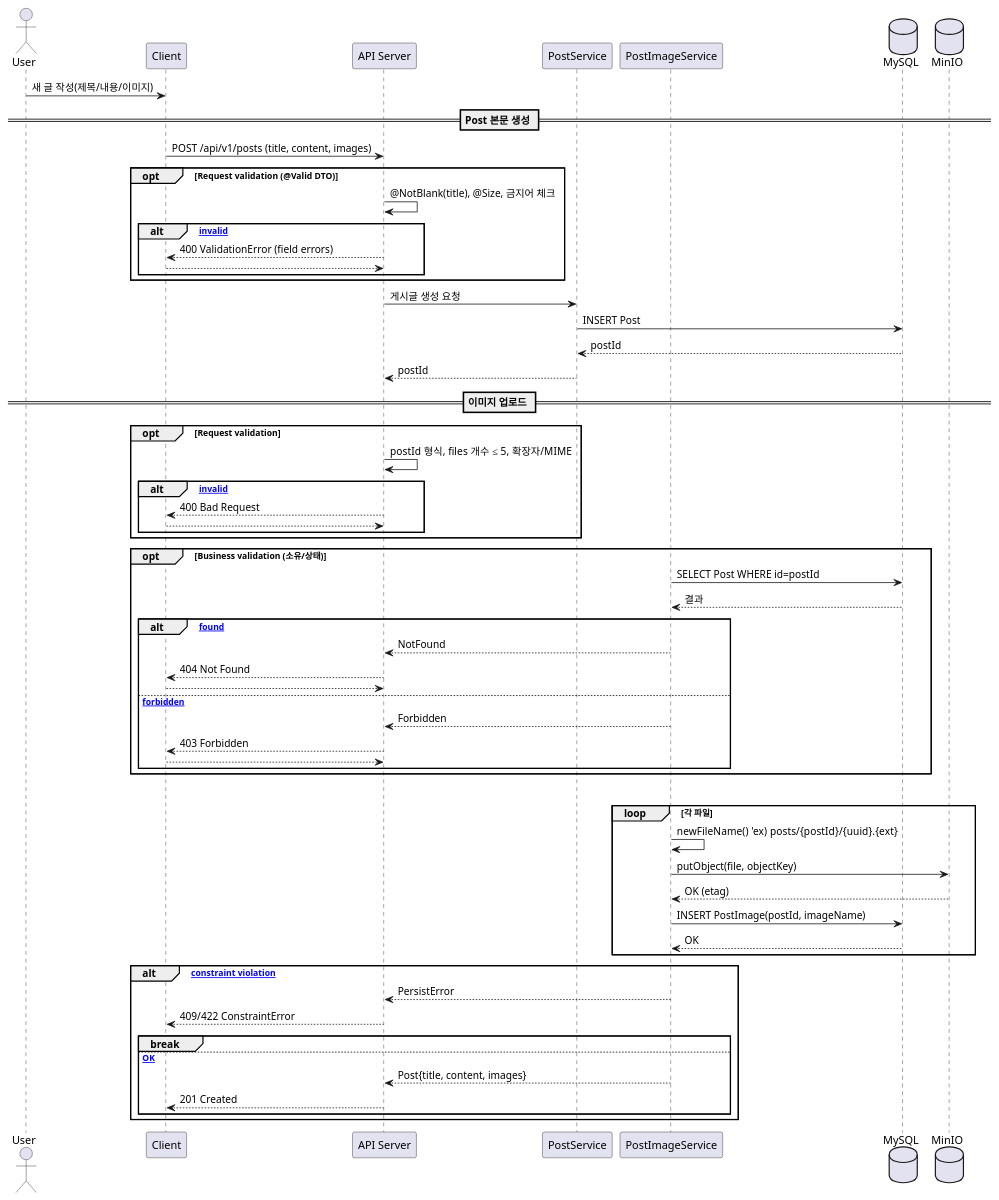
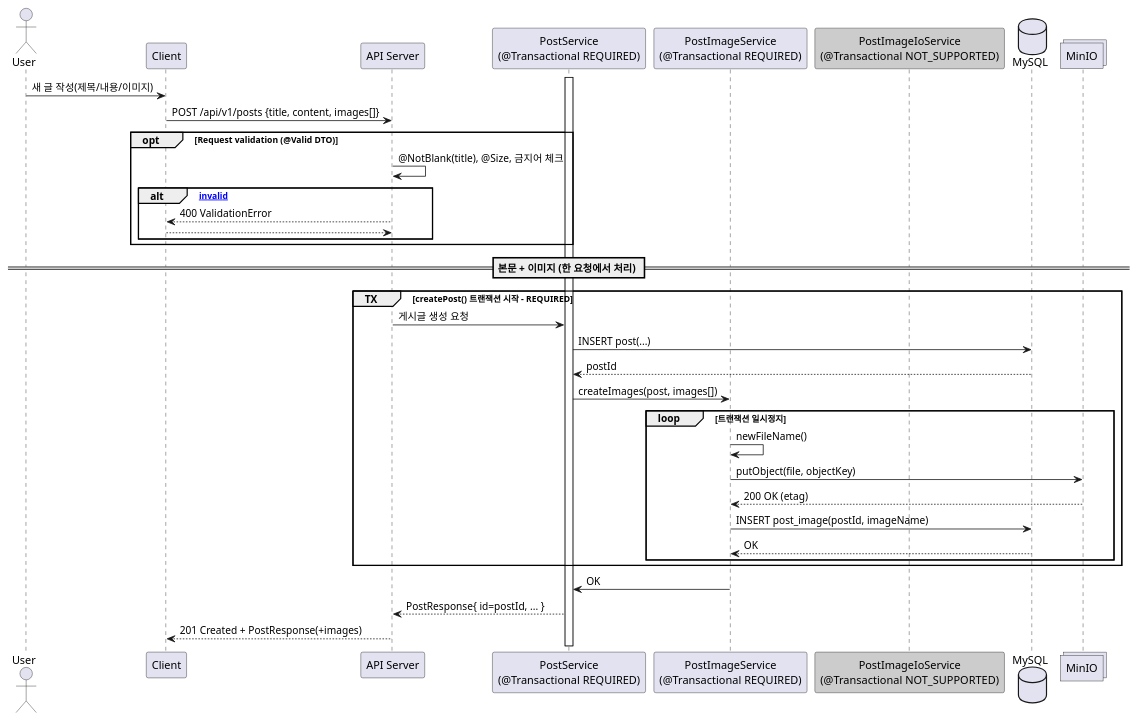
One commit to HyeonSeongIM/PersonalProject changed the diagram in backend/src/main/java/project/personalproject/domain/post/post/service/createPost.puml. Above: the diagram before and after it, drawn with PlantUML.

Commit message:
[#31] Refactor : Transaction이 너무 크게 잡힘

```diff
--- a/backend/src/main/java/project/personalproject/domain/post/post/service/createPost.puml
+++ b/backend/src/main/java/project/personalproject/domain/post/post/service/createPost.puml
@@ -1,71 +1,45 @@
 @startuml
 actor User as U
 participant "Client" as C
 participant "API Server" as S
-participant "PostService" as PS
-participant "PostImageService" as PIS
+participant "PostService\n(@Transactional REQUIRED)" as PS
+participant "PostImageService\n(@Transactional REQUIRED)" as PIS
+participant "PostImageIoService\n(@Transactional NOT_SUPPORTED)" as PIO #CCCCCC
 database "MySQL" as DB
-database "MinIO" as M
+collections "MinIO" as M
 
 U -> C: 새 글 작성(제목/내용/이미지)
-
-== Post 본문 생성 ==
-C -> S: POST /api/v1/posts (title, content, images)
+C -> S: POST /api/v1/posts {title, content, images[]}
 
 opt Request validation (@Valid DTO)
   S -> S: @NotBlank(title), @Size, 금지어 체크
   alt [invalid]
-    S --> C: 400 ValidationError (field errors)
+    S --> C: 400 ValidationError
     return
   end
 end
 
-S -> PS: 게시글 생성 요청
-PS -> DB: INSERT Post
-DB --> PS: postId
-PS --> S: postId
+== 본문 + 이미지 (한 요청에서 처리) ==
+group TX[createPost() 트랜잭션 시작 - REQUIRED]
+  activate PS
+  S -> PS: 게시글 생성 요청
 
-== 이미지 업로드 ==
+  PS -> DB: INSERT post(...)
+  DB --> PS: postId
 
-opt Request validation
-  S -> S: postId 형식, files 개수 ≤ 5, 확장자/MIME
-  alt [invalid]
-    S --> C: 400 Bad Request
-    return
+  PS -> PIS: createImages(post, images[])
+
+  loop 트랜잭션 일시정지
+    PIS -> PIS: newFileName()
+    PIS -> M: putObject(file, objectKey)
+    M --> PIS: 200 OK (etag)
+    PIS -> DB: INSERT post_image(postId, imageName)
+    DB --> PIS: OK
   end
 end
 
+    PIS -> PS: OK
+    PS --> S: PostResponse{ id=postId, ... }
 
-opt Business validation (소유/상태)
-  PIS -> DB: SELECT Post WHERE id=postId
-  DB --> PIS: 결과
-  alt [not found]
-    PIS --> S: NotFound
-    S --> C: 404 Not Found
-    return
-  else [forbidden]
-    PIS --> S: Forbidden
-    S --> C: 403 Forbidden
-    return
-  end
-end
-
-group TX(PostImage)
-  loop 각 파일
-    PIS -> PIS: newFileName()  'ex) posts/{postId}/{uuid}.{ext}
-    PIS -> M: putObject(file, objectKey)
-    M --> PIS: OK (etag)
-    PIS -> DB: INSERT PostImage(postId, imageName)
-    DB --> PIS: OK
-  end
-  alt [DB constraint violation]
-    PIS --> S: PersistError
-    S --> C: 409/422 ConstraintError
-    break
-  else [OK]
-    PIS --> S: Post{title, content, images}
-    S --> C: 201 Created
-  end
-end
-
+S --> C: 201 Created + PostResponse(+images)
 @enduml
```
